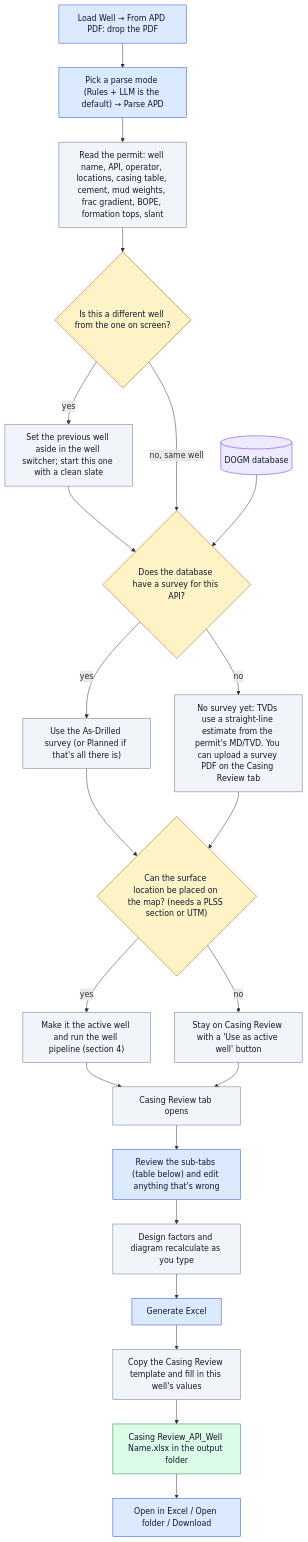
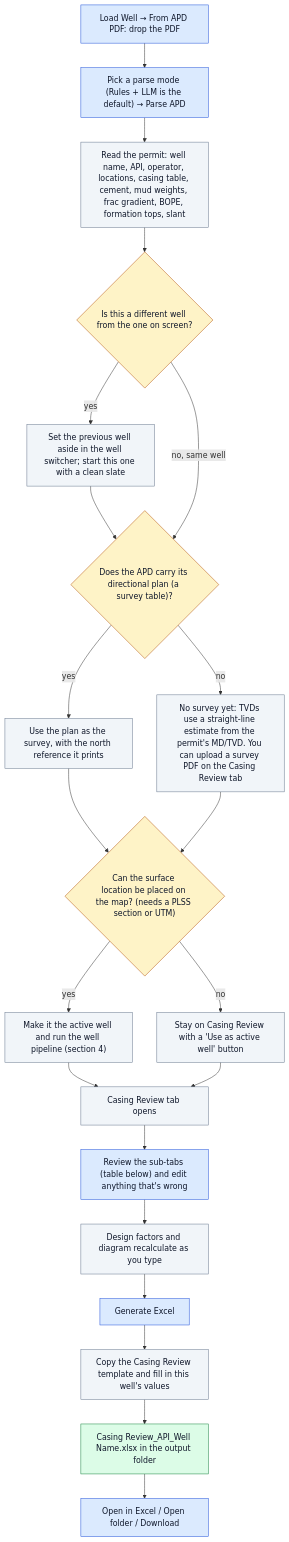
The second of 6 diagrams in etools/docs/app_guide.md (clgoodrich/EToolsV3), drawn with Mermaid before and after one commit. The commit also changed other lines of this file and 44 other files, not shown here.

````diff
--- a/etools/docs/app_guide.md
+++ b/etools/docs/app_guide.md
@@ -74,38 +74,36 @@
 ```mermaid
 flowchart TD
     classDef you fill:#dbeafe,stroke:#1d4ed8,color:#0f172a
     classDef auto fill:#f1f5f9,stroke:#64748b,color:#0f172a
     classDef out fill:#dcfce7,stroke:#15803d,color:#0f172a
     classDef dec fill:#fef3c7,stroke:#b45309,color:#0f172a
     classDef data fill:#ede9fe,stroke:#6d28d9,color:#0f172a
 
     A1["Load Well → From APD PDF: drop the PDF"]:::you
     A2["Pick a parse mode (Rules + LLM is the default) → Parse APD"]:::you
     A3["Read the permit: well name, API, operator, locations, casing table, cement, mud weights, frac gradient, BOPE, formation tops, slant"]:::auto
     A4{"Is this a different well from the one on screen?"}:::dec
     A5["Set the previous well aside in the well switcher; start this one with a clean slate"]:::auto
-    A6{"Does the database have a survey for this API?"}:::dec
-    DB[("DOGM database")]:::data
-    A7["Use the As-Drilled survey (or Planned if that's all there is)"]:::auto
+    A6{"Does the APD carry its directional plan (a survey table)?"}:::dec
+    A7["Use the plan as the survey, with the north reference it prints"]:::auto
     A8["No survey yet: TVDs use a straight-line estimate from the permit's MD/TVD. You can upload a survey PDF on the Casing Review tab"]:::auto
     A9{"Can the surface location be placed on the map? (needs a PLSS section or UTM)"}:::dec
     A10["Make it the active well and run the well pipeline (section 4)"]:::auto
     A11["Stay on Casing Review with a 'Use as active well' button"]:::auto
     A12["Casing Review tab opens"]:::auto
 
     A1 --> A2 --> A3 --> A4
     A4 -- yes --> A5 --> A6
     A4 -- no, same well --> A6
-    DB --> A6
     A6 -- yes --> A7 --> A9
     A6 -- no --> A8 --> A9
     A9 -- yes --> A10 --> A12
     A9 -- no --> A11 --> A12
 
     A12 --> R1["Review the sub-tabs (table below) and edit anything that's wrong"]:::you
     R1 --> R2["Design factors and diagram recalculate as you type"]:::auto
     R2 --> R3["Generate Excel"]:::you
     R3 --> R4["Copy the Casing Review template and fill in this well's values"]:::auto
     R4 --> R5["Casing Review_API_Well Name.xlsx in the output folder"]:::out
     R5 --> R6["Open in Excel / Open folder / Download"]:::you
 ```
````
